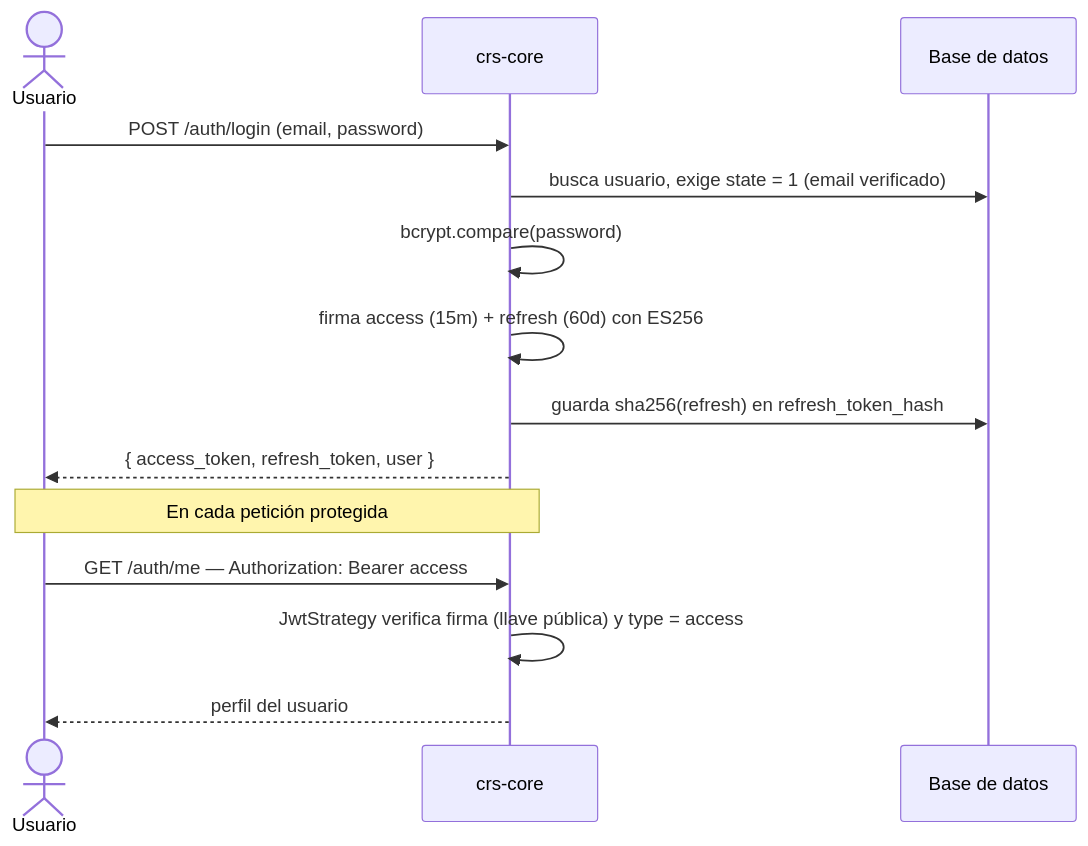
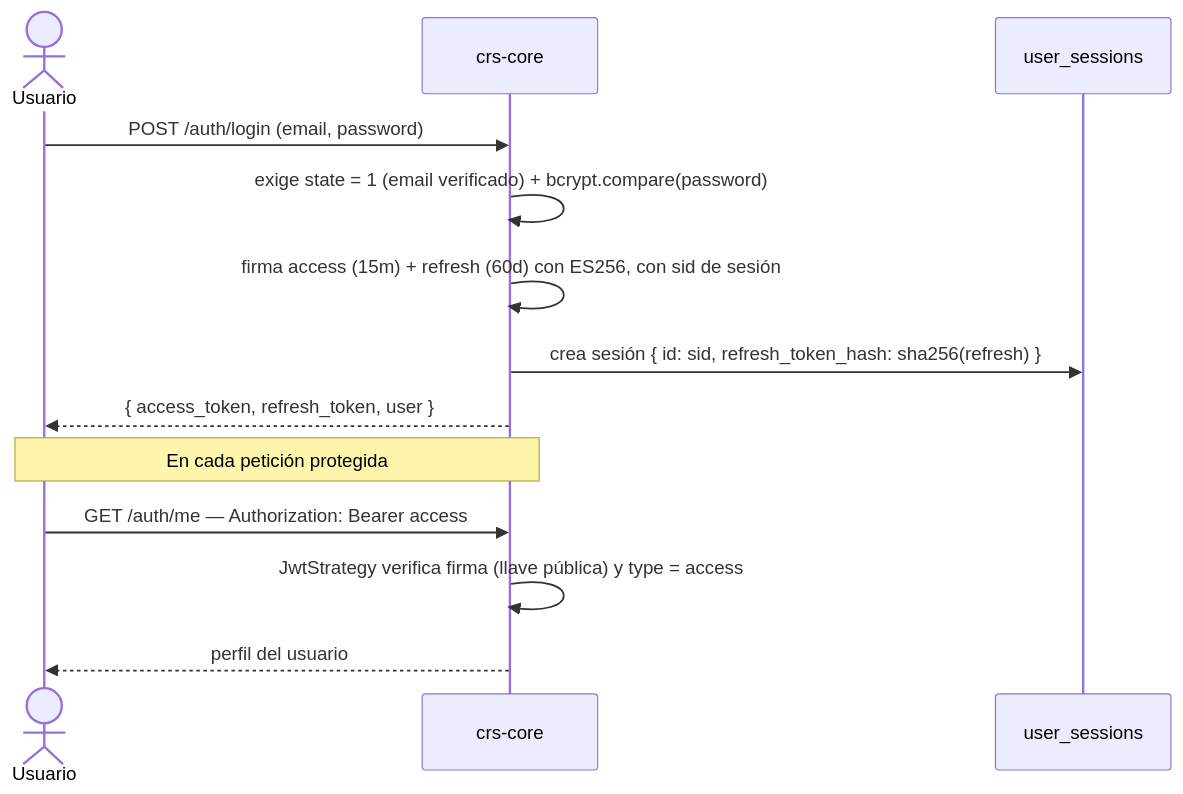
The diagram in src/content/docs/core/authentication.md (gbpardave/crs-docs), drawn with Mermaid before and after one commit. The commit also changed other lines of this file and 4 other files, not shown here.

````diff
--- a/src/content/docs/core/authentication.md
+++ b/src/content/docs/core/authentication.md
@@ -66,16 +88,15 @@
 ```mermaid
 sequenceDiagram
     actor U as Usuario
     participant API as crs-core
-    participant DB as Base de datos
+    participant DB as user_sessions
     U->>API: POST /auth/login (email, password)
-    API->>DB: busca usuario, exige state = 1 (email verificado)
-    API->>API: bcrypt.compare(password)
-    API->>API: firma access (15m) + refresh (60d) con ES256
-    API->>DB: guarda sha256(refresh) en refresh_token_hash
+    API->>API: exige state = 1 (email verificado) + bcrypt.compare(password)
+    API->>API: firma access (15m) + refresh (60d) con ES256, con sid de sesión
+    API->>DB: crea sesión { id: sid, refresh_token_hash: sha256(refresh) }
     API-->>U: { access_token, refresh_token, user }
     Note over U,API: En cada petición protegida
     U->>API: GET /auth/me — Authorization: Bearer access
     API->>API: JwtStrategy verifica firma (llave pública) y type = access
     API-->>U: perfil del usuario
 ```
````
